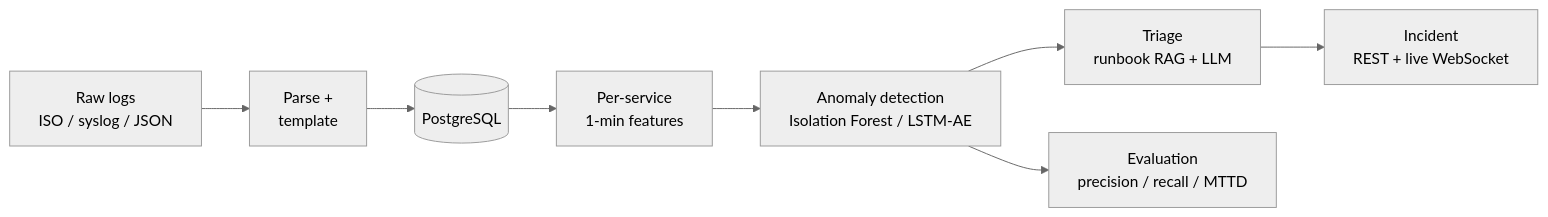
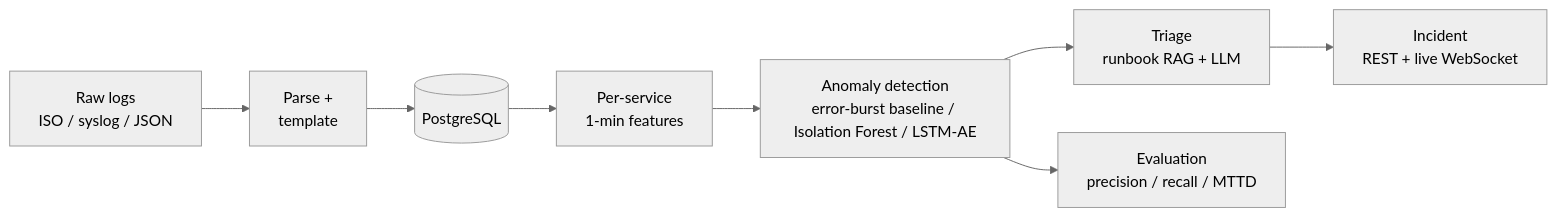
The diagram in README.md (Abhishek2114/sentinel-triage), drawn with Mermaid (neutral theme) before and after one commit. The commit also changed other lines of this file and 20 other files, not shown here.

First line of the commit message:
Phase 2: per-service anomaly detection with an error-burst baseline

````diff
--- a/README.md
+++ b/README.md
@@ -23,10 +23,10 @@
 ```mermaid
 flowchart LR
     A["Raw logs<br/>ISO / syslog / JSON"] --> B["Parse +<br/>template"]
     B --> C[("PostgreSQL")]
     C --> D["Per-service<br/>1-min features"]
-    D --> E["Anomaly detection<br/>Isolation Forest / LSTM-AE"]
+    D --> E["Anomaly detection<br/>error-burst baseline / Isolation Forest / LSTM-AE"]
     E --> F["Triage<br/>runbook RAG + LLM"]
     F --> G["Incident<br/>REST + live WebSocket"]
     E --> H["Evaluation<br/>precision / recall / MTTD"]
 ```
````
